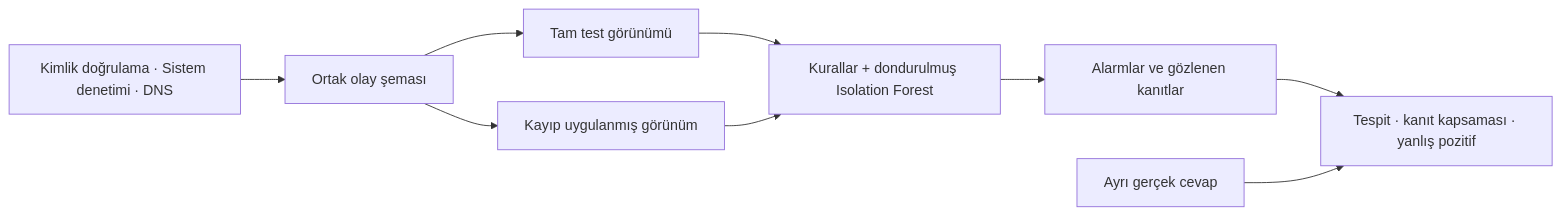
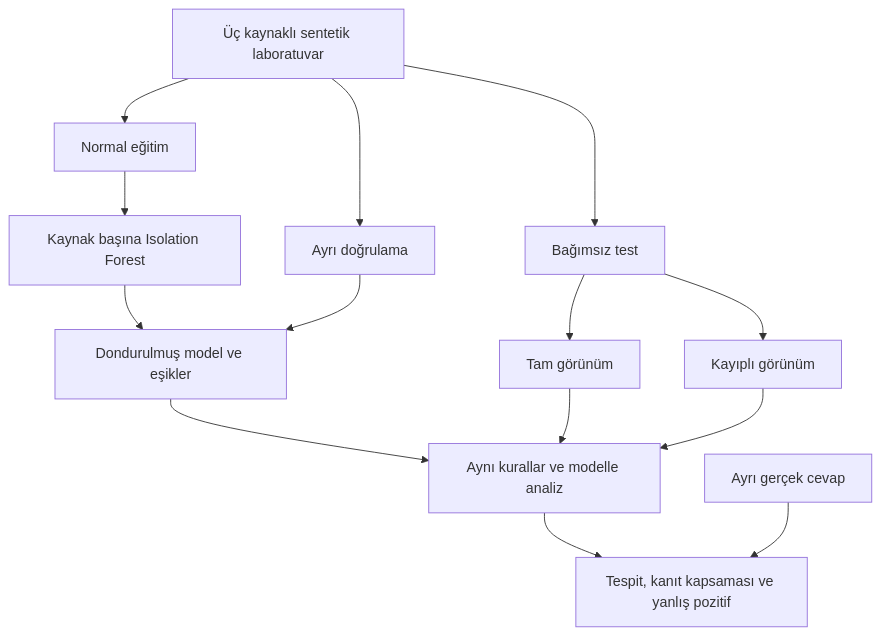
Before and after one commit to levahley/safeR5: the diagram in README.md, drawn with Mermaid. The commit also changed other lines of this file, not shown here.

````diff
--- a/README.md
+++ b/README.md
@@ -24,11 +64,16 @@
 ```mermaid
-flowchart LR
-    A["Kimlik doğrulama · Sistem denetimi · DNS"] --> B["Ortak olay şeması"]
-    B --> C["Tam test görünümü"]
-    B --> D["Kayıp uygulanmış görünüm"]
-    C --> E["Kurallar + dondurulmuş Isolation Forest"]
-    D --> E
-    E --> F["Alarmlar ve gözlenen kanıtlar"]
-    F --> G["Tespit · kanıt kapsaması · yanlış pozitif"]
-    H["Ayrı gerçek cevap"] --> G
+flowchart TD
+    A["Üç kaynaklı sentetik laboratuvar"] --> B["Normal eğitim"]
+    A --> C["Ayrı doğrulama"]
+    A --> D["Bağımsız test"]
+    B --> E["Kaynak başına Isolation Forest"]
+    E --> F["Dondurulmuş model ve eşikler"]
+    C --> F
+    D --> G["Tam görünüm"]
+    D --> H["Kayıplı görünüm"]
+    F --> I["Aynı kurallar ve modelle analiz"]
+    G --> I
+    H --> I
+    I --> J["Tespit, kanıt kapsaması ve yanlış pozitif"]
+    K["Ayrı gerçek cevap"] --> J
 ```
````
